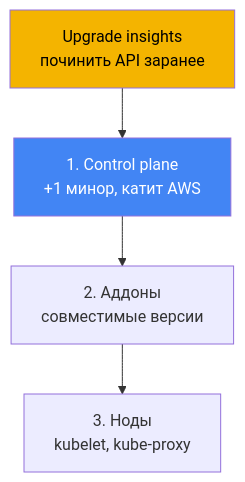
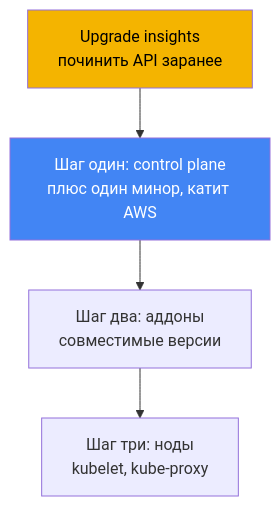
Before and after one commit to ViktorUJ/cks: the second of 3 diagrams in tasks/eks/course/38/ru.md, drawn with Mermaid. The commit also changed other lines of this file and 52 other files, not shown here.

````diff
--- a/tasks/eks/course/38/ru.md
+++ b/tasks/eks/course/38/ru.md
@@ -94,12 +94,12 @@
 ```mermaid
 flowchart TB
-    ins["Upgrade insights<br>починить API заранее"]
-    cp["1. Control plane<br>+1 минор, катит AWS"]
-    add["2. Аддоны<br>совместимые версии"]
-    node["3. Ноды<br>kubelet, kube-proxy"]
+    ins["Upgrade insights<br/>починить API заранее"]
+    cp["Шаг один: control plane<br/>плюс один минор, катит AWS"]
+    add["Шаг два: аддоны<br/>совместимые версии"]
+    node["Шаг три: ноды<br/>kubelet, kube-proxy"]
     ins --> cp
     cp --> add
     add --> node
     style cp fill:#4285f4,color:#fff
     style ins fill:#f4b400,color:#000
 ```
````
